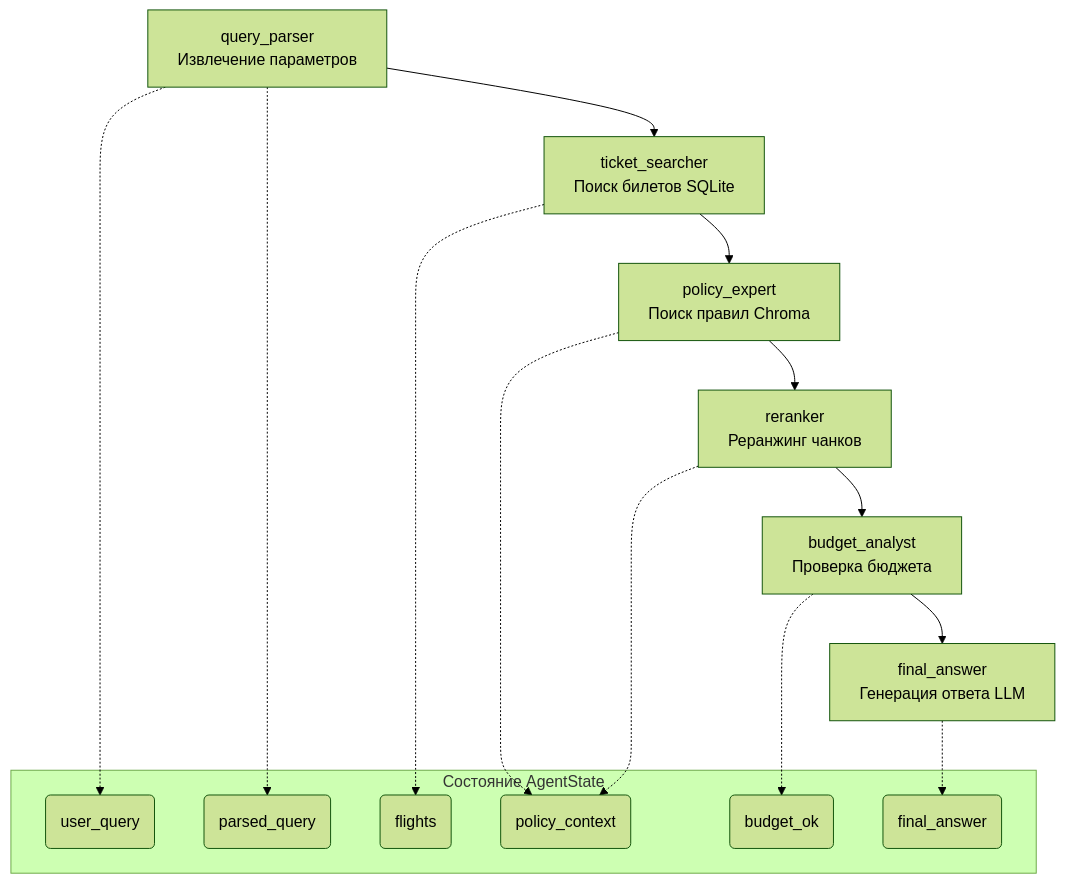
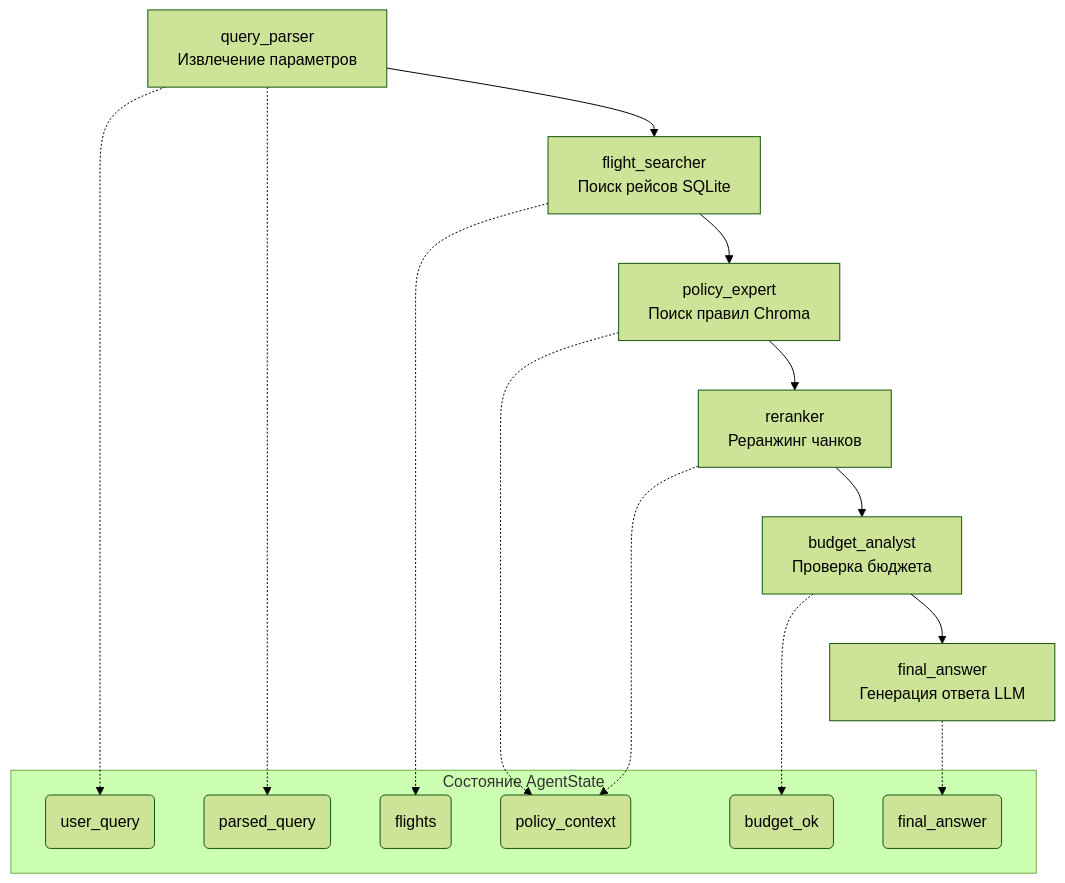
The first of 2 diagrams in 03/readme.md (BinarySimple17/AI-architect-01), drawn with Mermaid (forest theme) before and after one commit. The commit also changed other lines of this file and 1 other file, not shown here.

````diff
--- a/03/readme.md
+++ b/03/readme.md
@@ -52,25 +52,25 @@
 ```mermaid
 graph TD
-    A[query_parser<br/>Извлечение параметров] --> B[ticket_searcher<br/>Поиск билетов SQLite]
+    A[query_parser<br/>Извлечение параметров] --> B[flight_searcher<br/>Поиск рейсов SQLite]
     B --> C[policy_expert<br/>Поиск правил Chroma]
     C --> R[reranker<br/>Реранжинг чанков]
     R --> D[budget_analyst<br/>Проверка бюджета]
     D --> E[final_answer<br/>Генерация ответа LLM]
     
     subgraph Состояние AgentState
         S1(user_query)
         S2(parsed_query)
         S3(flights)
         S4(policy_context)
         S5(budget_ok)
         S6(final_answer)
     end
     
     A -.-> S1
     A -.-> S2
     B -.-> S3
     C -.-> S4
     R -.-> S4
     D -.-> S5
     E -.-> S6
 ```
````
